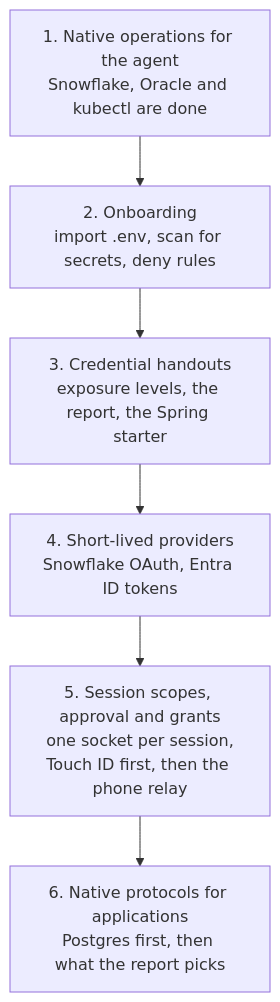
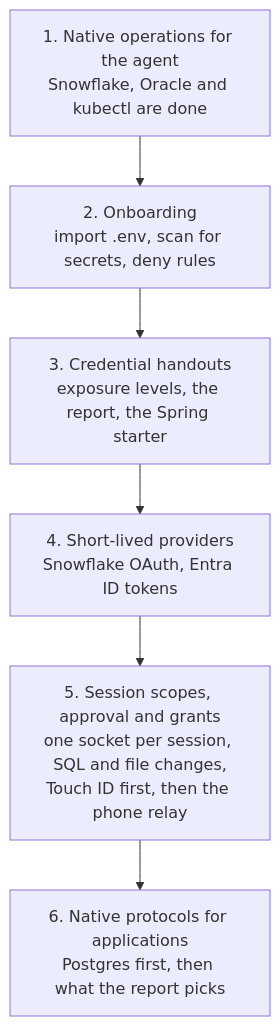
One commit to erik-romson/modgudr changed the tenth of 10 diagrams in docs/future-plans.md. Above: the diagram before and after it, drawn with Mermaid. The commit also changed other lines of this file, not shown here.

First line of the commit message:
docs: plan approval channels and approved file changes

````diff
--- a/docs/future-plans.md
+++ b/docs/future-plans.md
@@ -475,10 +616,10 @@
 ```mermaid
 flowchart TD
     s1["1. Native operations for the agent<br/>Snowflake, Oracle and kubectl are done"]
     s2["2. Onboarding<br/>import .env, scan for secrets, deny rules"]
     s3["3. Credential handouts<br/>exposure levels, the report, the Spring starter"]
     s4["4. Short-lived providers<br/>Snowflake OAuth, Entra ID tokens"]
-    s5["5. Session scopes, approval and grants<br/>one socket per session,<br/>Touch ID first, then the phone relay"]
+    s5["5. Session scopes, approval and grants<br/>one socket per session, SQL and file changes,<br/>Touch ID first, then the phone relay"]
     s6["6. Native protocols for applications<br/>Postgres first, then what the report picks"]
     s1 --> s2 --> s3 --> s4 --> s5 --> s6
 ```
````
